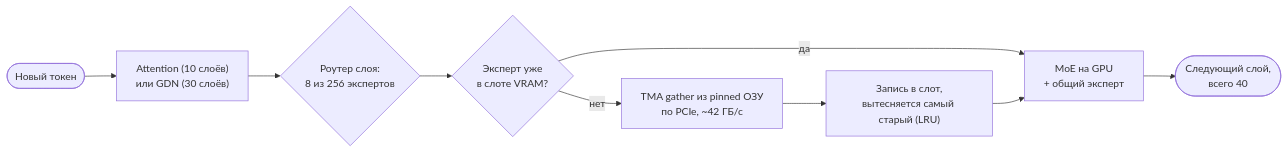
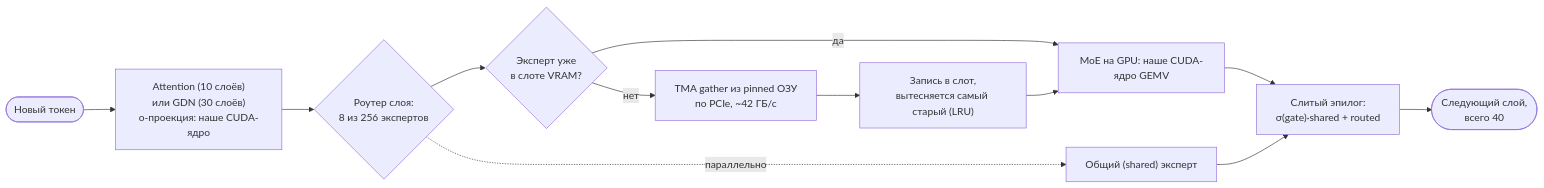
The third of 4 diagrams in README.md (SUKUNA-AI/qwen36-moe-16gb), drawn with Mermaid before and after one commit. The commit also changed other lines of this file and 25 other files, not shown here.

````diff
--- a/README.md
+++ b/README.md
@@ -184,11 +342,14 @@
 ```mermaid
 flowchart LR
-    tok(["Новый токен"]) --> mix["Attention (10 слоёв)<br/>или GDN (30 слоёв)"]
+    tok(["Новый токен"]) --> mix["Attention (10 слоёв)<br/>или GDN (30 слоёв)<br/>o-проекция: наше CUDA-ядро"]
     mix --> router{"Роутер слоя:<br/>8 из 256 экспертов"}
     router --> hit{"Эксперт уже<br/>в слоте VRAM?"}
-    hit -- "да" --> moe["MoE на GPU<br/>+ общий эксперт"]
+    hit -- "да" --> moe["MoE на GPU: наше CUDA-ядро GEMV"]
     hit -- "нет" --> gather["TMA gather из pinned ОЗУ<br/>по PCIe, ~42 ГБ/с"]
+    router -. "параллельно" .-> shared["Общий (shared) эксперт"]
     gather --> slot["Запись в слот,<br/>вытесняется самый старый (LRU)"]
     slot --> moe
-    moe --> next(["Следующий слой,<br/>всего 40"])
+    moe --> epi["Слитый эпилог:<br/>σ(gate)·shared + routed"]
+    shared --> epi
+    epi --> next(["Следующий слой,<br/>всего 40"])
 ```
````
